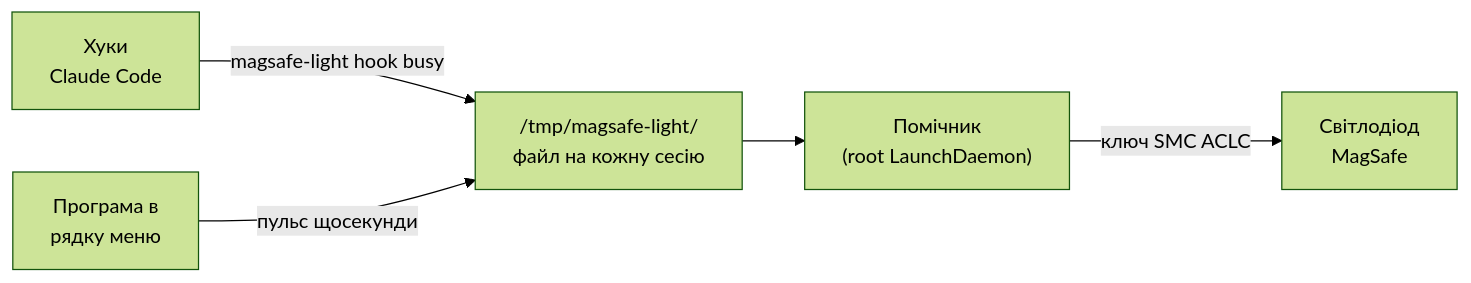
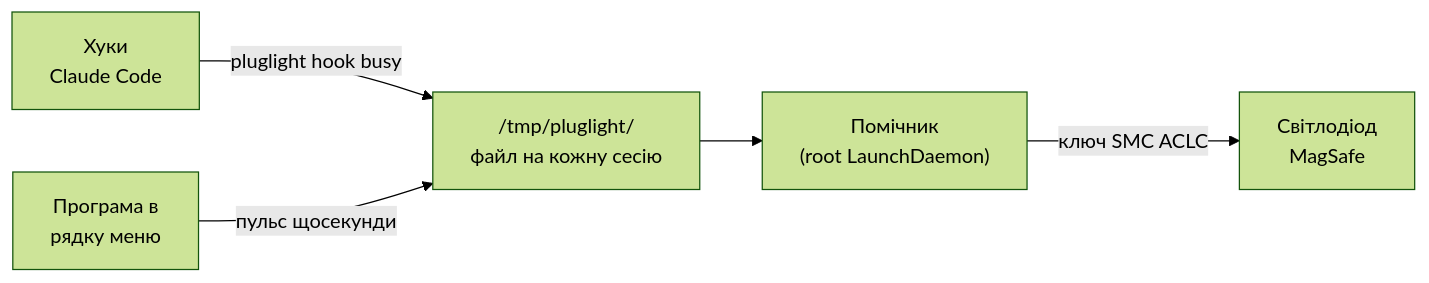
One commit to onelenyk/pluglight changed the diagram in README.uk.md. Above: the diagram before and after it, drawn with Mermaid (forest theme). The commit also changed other lines of this file and 21 other files, not shown here.

````diff
--- a/README.uk.md
+++ b/README.uk.md
@@ -96,7 +96,7 @@
 ```mermaid
 flowchart LR
-    A["Хуки<br/>Claude Code"] -->|"magsafe-light hook busy"| B["/tmp/magsafe-light/<br/>файл на кожну сесію"]
+    A["Хуки<br/>Claude Code"] -->|"pluglight hook busy"| B["/tmp/pluglight/<br/>файл на кожну сесію"]
     C["Програма в<br/>рядку меню"] -->|"пульс щосекунди"| B
     B --> D["Помічник<br/>(root LaunchDaemon)"]
     D -->|"ключ SMC ACLC"| E["Світлодіод<br/>MagSafe"]
 ```
````
